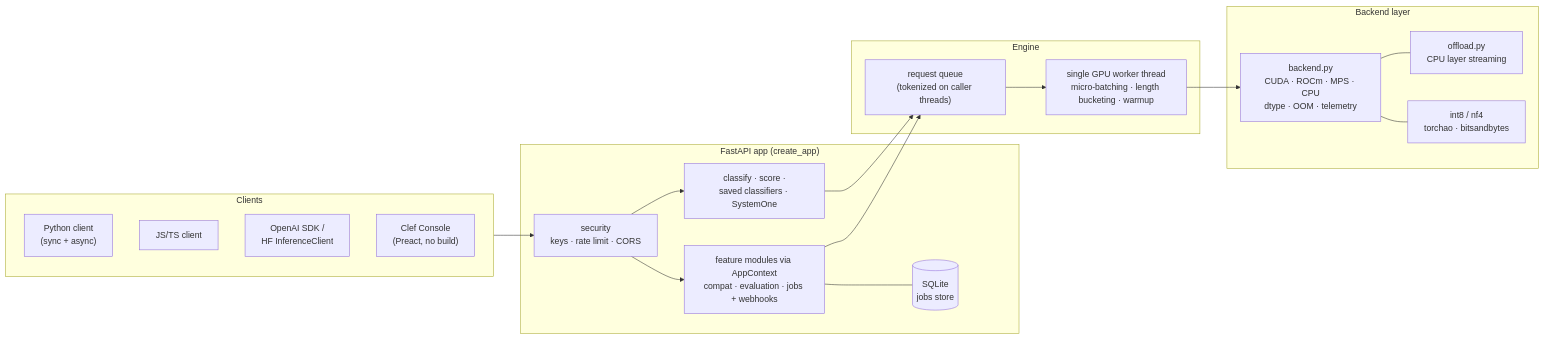
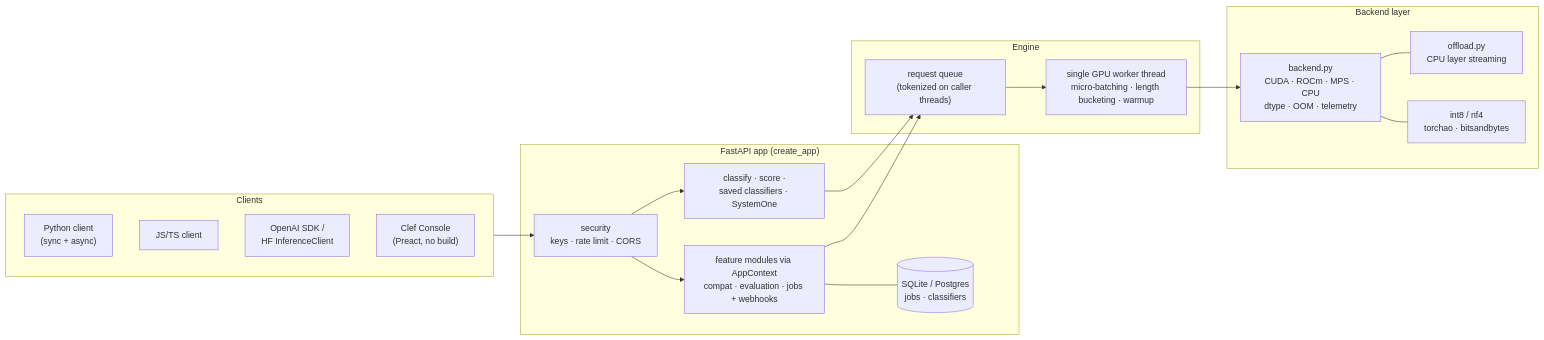
Before and after one commit to MiguelCarrascoB/clef: the diagram in README.md, drawn with Mermaid. The commit also changed other lines of this file and 5 other files, not shown here.

````diff
--- a/README.md
+++ b/README.md
@@ -144,28 +144,28 @@
 ```mermaid
 flowchart LR
     subgraph clients["Clients"]
         PY["Python client<br/>(sync + async)"]
         JS["JS/TS client"]
         OAI["OpenAI SDK /<br/>HF InferenceClient"]
         UI["Clef Console<br/>(Preact, no build)"]
     end
     subgraph server["FastAPI app (create_app)"]
         SEC["security<br/>keys · rate limit · CORS"]
         CORE["classify · score ·<br/>saved classifiers · SystemOne"]
         FEAT["feature modules via AppContext<br/>compat · evaluation · jobs + webhooks"]
-        DB[("SQLite<br/>jobs store")]
+        DB[("SQLite / Postgres<br/>jobs · classifiers")]
     end
     subgraph engine["Engine"]
         Q["request queue<br/>(tokenized on caller threads)"]
         W["single GPU worker thread<br/>micro-batching · length bucketing · warmup"]
     end
     subgraph hw["Backend layer"]
         BK["backend.py<br/>CUDA · ROCm · MPS · CPU<br/>dtype · OOM · telemetry"]
         OFF["offload.py<br/>CPU layer streaming"]
         QNT["int8 / nf4<br/>torchao · bitsandbytes"]
     end
     clients --> SEC --> CORE & FEAT
     FEAT --- DB
     CORE & FEAT --> Q --> W --> BK
     BK --- OFF & QNT
 ```
````
